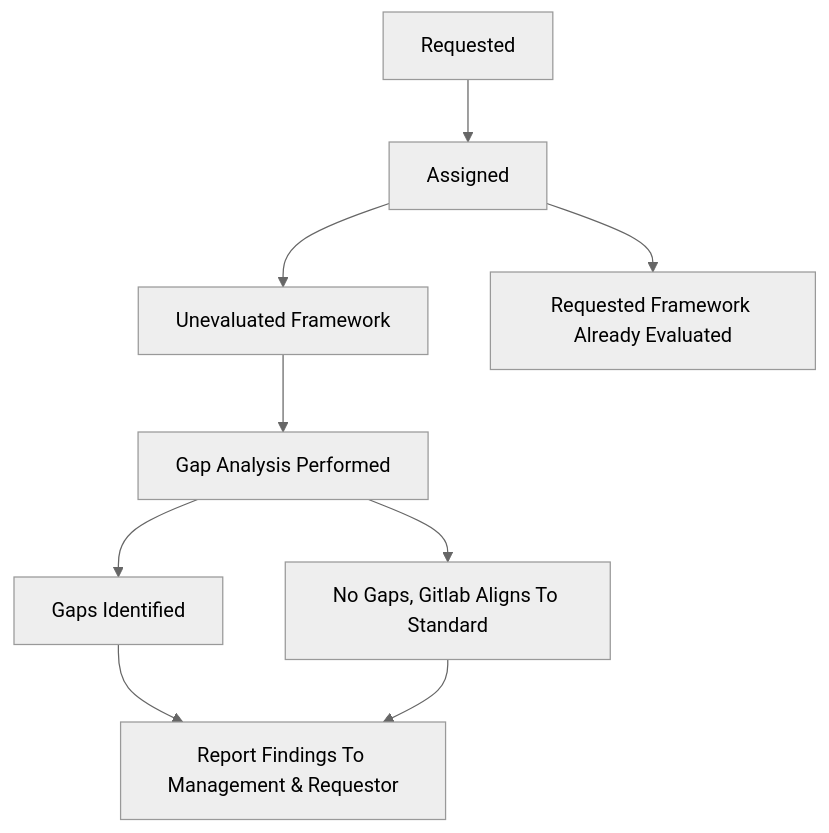
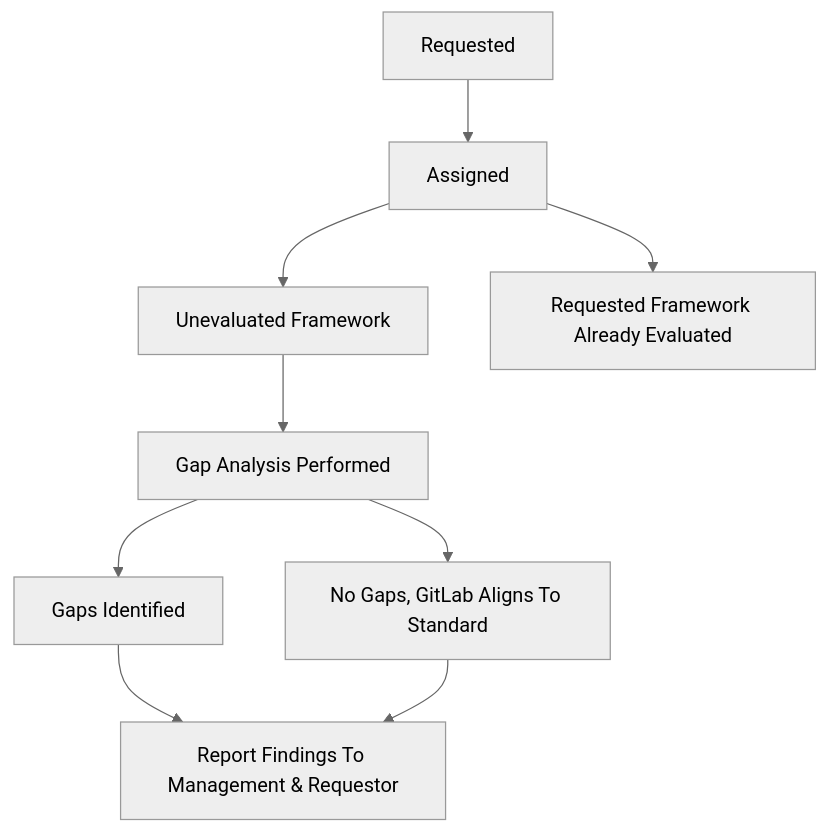
Before and after one commit to secretstartups/handbook: the diagram in content/handbook/security/security-assurance/security-compliance/gap-analysis-program.md, drawn with Mermaid (neutral theme). The commit also changed 49 other files, not shown here.

Commit message:
Reword Gitlab to GitLab

````diff
--- a/content/handbook/security/security-assurance/security-compliance/gap-analysis-program.md
+++ b/content/handbook/security/security-assurance/security-compliance/gap-analysis-program.md
@@ -28,11 +28,11 @@
 ```mermaid
 graph TD;
   A[Requested] --> B[Assigned];
   B --> C[Unevaluated Framework]
   C --> F[Gap Analysis Performed];
   B --> D[Requested Framework Already Evaluated];
   F --> G[Gaps Identified];
-  F --> H[No Gaps, Gitlab Aligns To Standard]
+  F --> H[No Gaps, GitLab Aligns To Standard]
   G --> I[Report Findings To Management & Requestor]
   H --> I
 ```
````
